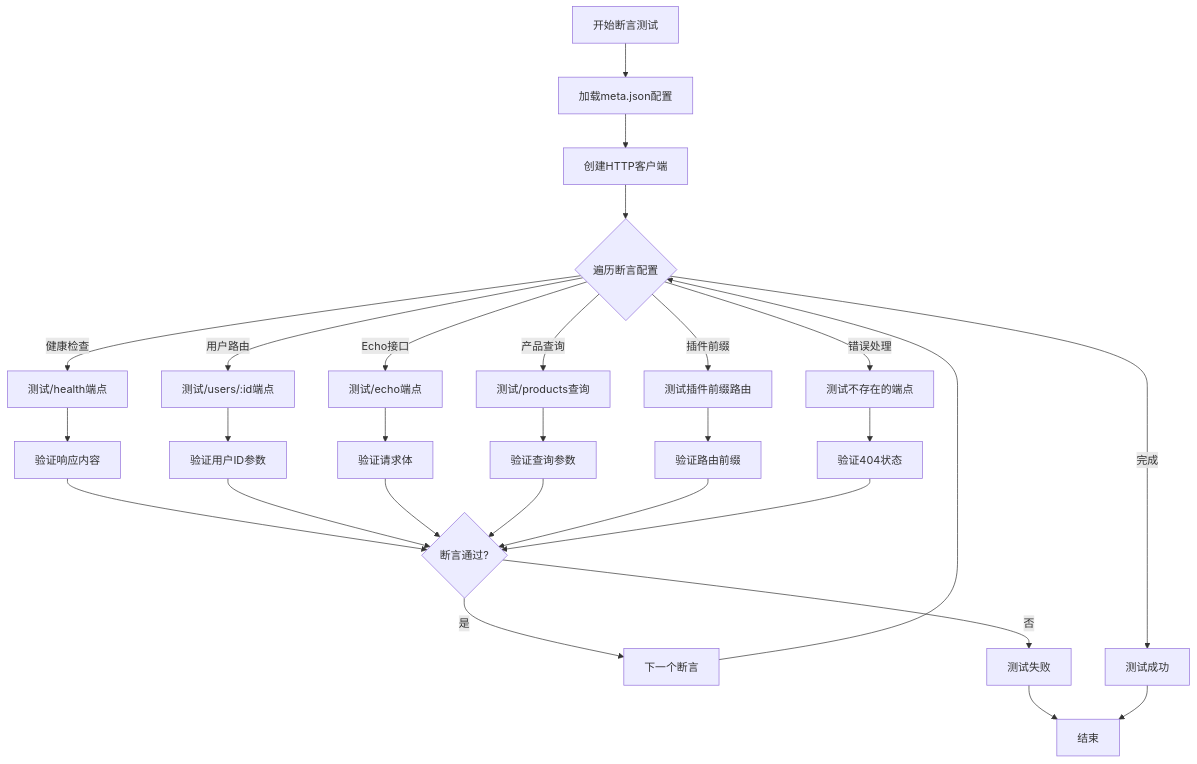
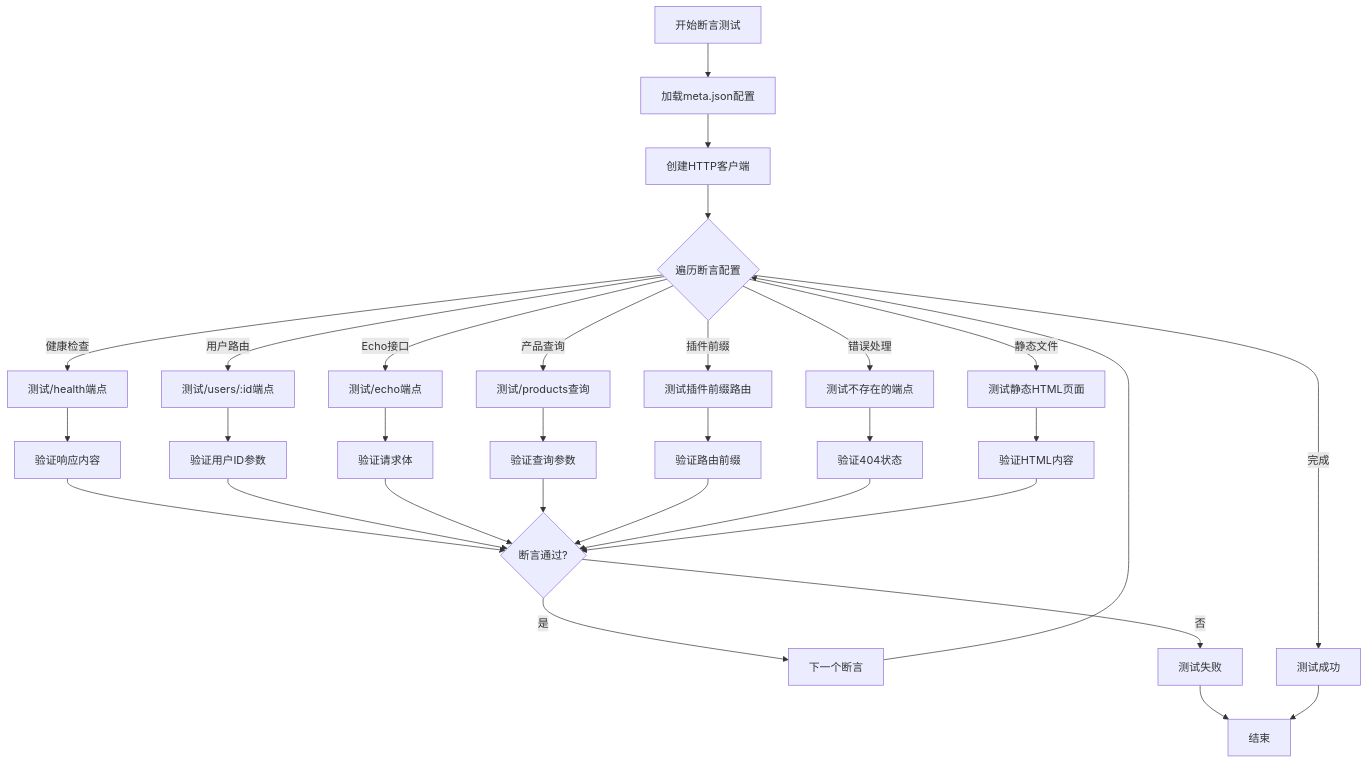
Before and after one commit to esa-sp/test-for-aone-ci: the ninth of 14 diagrams in .qoder/repowiki/zh/content/后端框架测试/Fastify高性能框架测试.md, drawn with Mermaid. The commit also changed other lines of this file and 15 other files, not shown here.

````diff
--- a/.qoder/repowiki/zh/content/后端框架测试/Fastify高性能框架测试.md
+++ b/.qoder/repowiki/zh/content/后端框架测试/Fastify高性能框架测试.md
@@ -380,30 +388,33 @@
 ```mermaid
 flowchart TD
 Start[开始断言测试] --> LoadConfig[加载meta.json配置]
 LoadConfig --> CreateClient[创建HTTP客户端]
 CreateClient --> LoopRoutes{遍历断言配置}
 LoopRoutes --> |健康检查| HealthTest[测试/health端点]
 LoopRoutes --> |用户路由| UserTest[测试/users/:id端点]
 LoopRoutes --> |Echo接口| EchoTest[测试/echo端点]
 LoopRoutes --> |产品查询| ProductTest[测试/products查询]
 LoopRoutes --> |插件前缀| PrefixTest[测试插件前缀路由]
 LoopRoutes --> |错误处理| ErrorTest[测试不存在的端点]
+LoopRoutes --> |静态文件| StaticTest[测试静态HTML页面]
 HealthTest --> VerifyHealth[验证响应内容]
 UserTest --> VerifyUser[验证用户ID参数]
 EchoTest --> VerifyBody[验证请求体]
 ProductTest --> VerifyQuery[验证查询参数]
 PrefixTest --> VerifyPrefix[验证路由前缀]
 ErrorTest --> Verify404[验证404状态]
+StaticTest --> VerifyHTML[验证HTML内容]
 VerifyHealth --> CheckResult{断言通过?}
 VerifyUser --> CheckResult
 VerifyBody --> CheckResult
 VerifyQuery --> CheckResult
 VerifyPrefix --> CheckResult
 Verify404 --> CheckResult
+VerifyHTML --> CheckResult
 CheckResult --> |是| NextRoute[下一个断言]
 CheckResult --> |否| FailTest[测试失败]
 NextRoute --> LoopRoutes
 LoopRoutes --> |完成| Success[测试成功]
 FailTest --> End[结束]
 Success --> End
 ```
````
